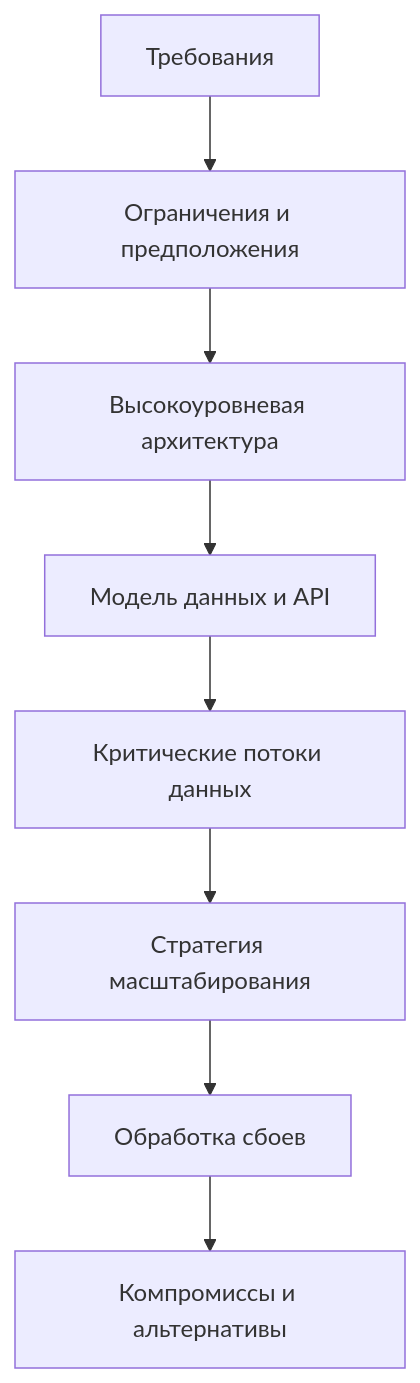
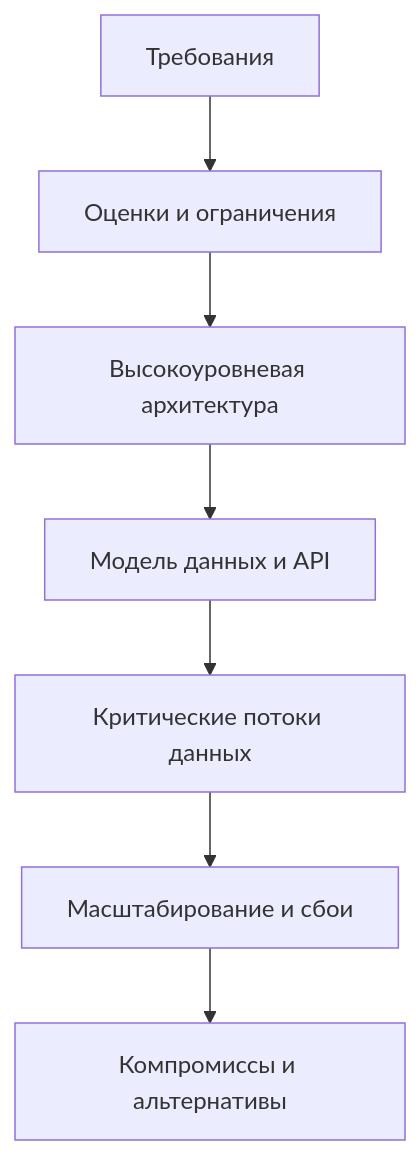
Before and after one commit to khodorkin-dmitrii/android-dev-handbook: the first of 2 diagrams in docs/engineering/system-design/fundamentals.ru.md, drawn with Mermaid. The commit also changed other lines of this file and 7 other files, not shown here.

````diff
--- a/docs/engineering/system-design/fundamentals.ru.md
+++ b/docs/engineering/system-design/fundamentals.ru.md
@@ -24,10 +32,9 @@
 ```mermaid
 flowchart TD
-    R[Требования] --> C[Ограничения и предположения]
-    C --> A[Высокоуровневая архитектура]
+    R[Требования] --> E[Оценки и ограничения]
+    E --> A[Высокоуровневая архитектура]
     A --> D[Модель данных и API]
     D --> F[Критические потоки данных]
-    F --> S[Стратегия масштабирования]
-    S --> H[Обработка сбоев]
-    H --> T[Компромиссы и альтернативы]
+    F --> S[Масштабирование и сбои]
+    S --> T[Компромиссы и альтернативы]
 ```
````
